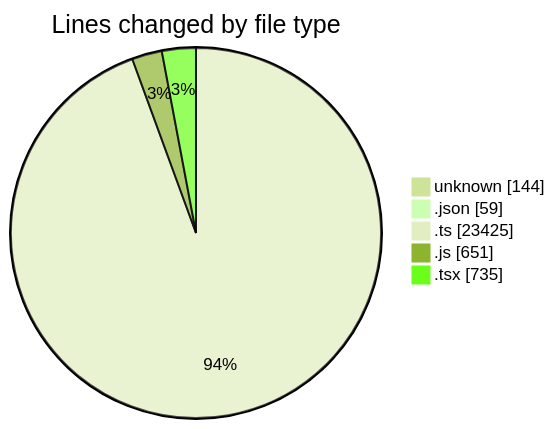
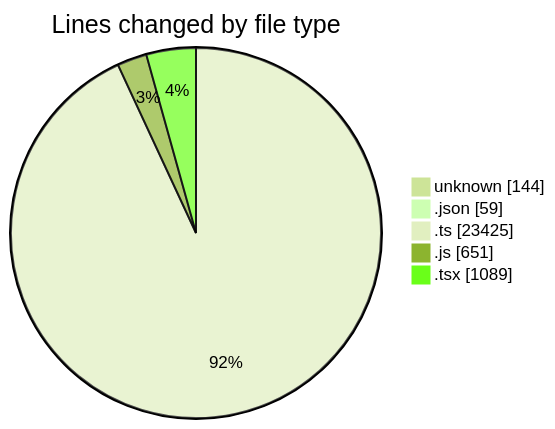
Before and after one commit to momahboobian/code-tracking: the first of 2 diagrams in 2025-11-13/cda/README.md, drawn with Mermaid (forest theme). The commit also changed other lines of this file and 1 other file, not shown here.

````diff
--- a/2025-11-13/cda/README.md
+++ b/2025-11-13/cda/README.md
@@ -30,9 +31,9 @@
 ```mermaid
 pie showData
 title Lines changed by file type
 "unknown" : 144
 ".json" : 59
 ".ts" : 23425
 ".js" : 651
-".tsx" : 735
+".tsx" : 1089
 ```
````
